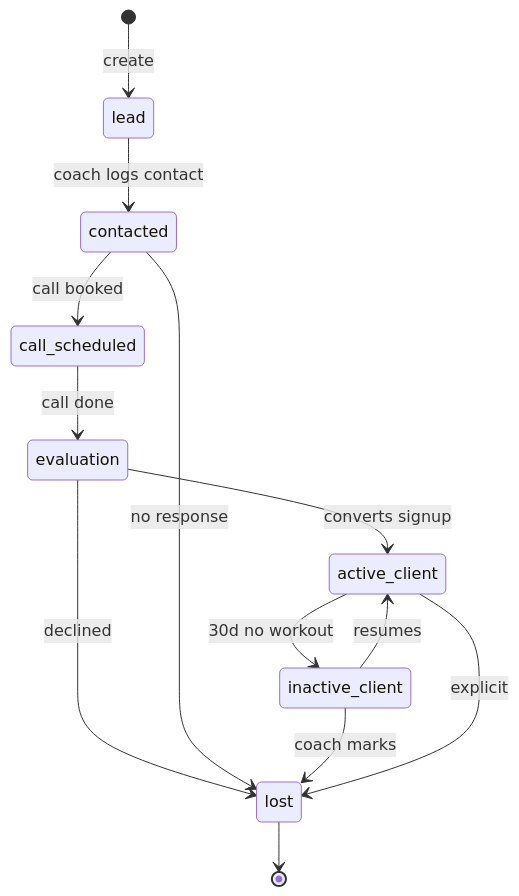
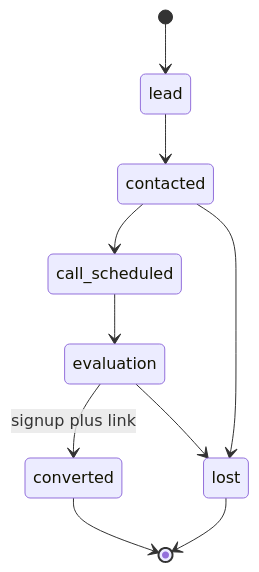
Before and after one commit to kevinlicenji/onemore: the second of 5 diagrams in docs/prd/OneMore_Data_Model.md, drawn with Mermaid. The commit also changed other lines of this file and 6 other files, not shown here.

First line of the commit message:
docs(db): revise data model to v1.2 after schema audit

````diff
--- a/docs/prd/OneMore_Data_Model.md
+++ b/docs/prd/OneMore_Data_Model.md
@@ -359,15 +652,12 @@
 ```mermaid
 stateDiagram-v2
-  [*] --> lead: create
-  lead --> contacted: coach logs contact
-  contacted --> call_scheduled: call booked
-  call_scheduled --> evaluation: call done
-  evaluation --> active_client: converts signup
-  evaluation --> lost: declined
-  contacted --> lost: no response
-  active_client --> inactive_client: 30d no workout
-  inactive_client --> active_client: resumes
-  inactive_client --> lost: coach marks
-  active_client --> lost: explicit
+  [*] --> lead
+  lead --> contacted
+  contacted --> call_scheduled
+  call_scheduled --> evaluation
+  evaluation --> converted: signup plus link
+  evaluation --> lost
+  contacted --> lost
+  converted --> [*]
   lost --> [*]
 ```
````
